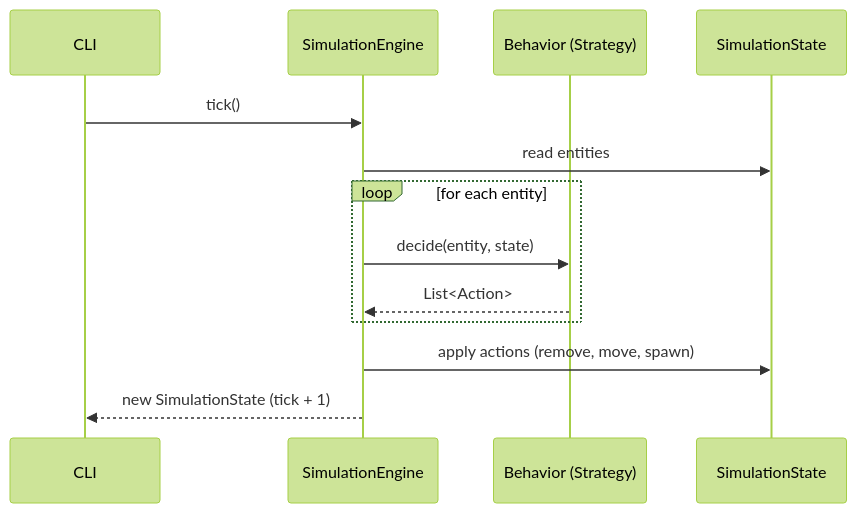
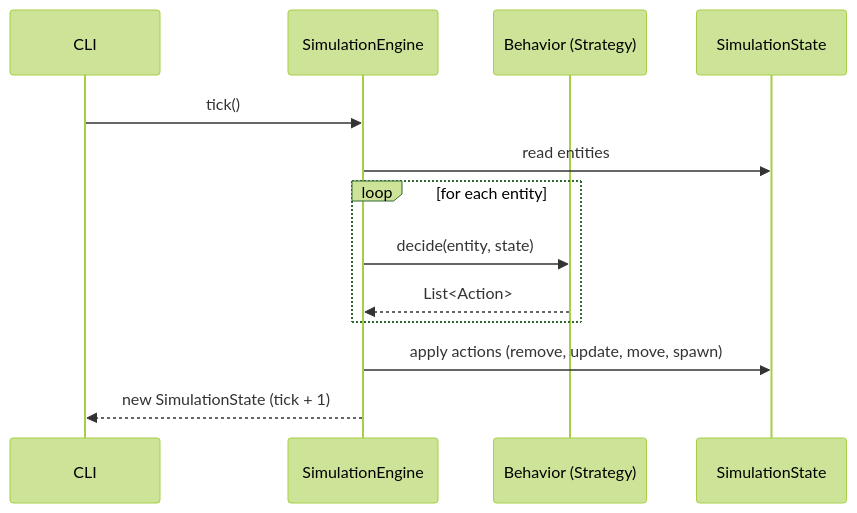
The second of 2 diagrams in ARCHITECTURE_MAP.md (SotiriosApostoles/simulation-lab), drawn with Mermaid (forest theme) before and after one commit. The commit also changed other lines of this file and 1 other file, not shown here.

First line of the commit message:
Update ARCHITECTURE_MAP with predator-prey module and core changes

````diff
--- a/ARCHITECTURE_MAP.md
+++ b/ARCHITECTURE_MAP.md
@@ -45,16 +58,16 @@
 ```mermaid
 sequenceDiagram
     participant CLI
     participant Engine as SimulationEngine
     participant Behavior as Behavior (Strategy)
     participant State as SimulationState
 
     CLI->>Engine: tick()
     Engine->>State: read entities
     loop for each entity
         Engine->>Behavior: decide(entity, state)
         Behavior-->>Engine: List<Action>
     end
-    Engine->>State: apply actions (remove, move, spawn)
+    Engine->>State: apply actions (remove, update, move, spawn)
     Engine-->>CLI: new SimulationState (tick + 1)
 ```
````
